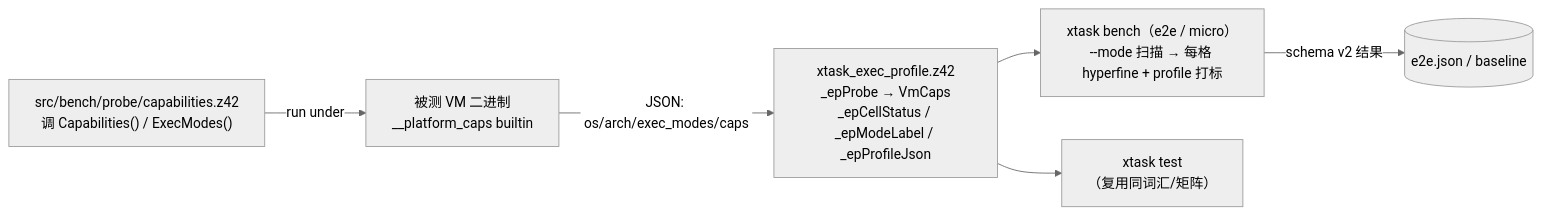
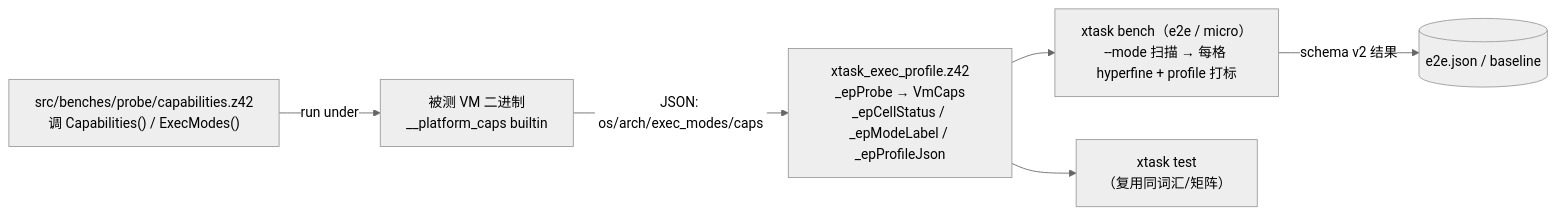
One commit to z42-lang/z42 changed the diagram in docs/internals/src/testing/exec-profile-matrix.md. Above: the diagram before and after it, drawn with Mermaid (neutral theme). The commit also changed other lines of this file and 97 other files, not shown here.

Commit message:
refactor: rename bench dirs to benches (#1197)

````diff
--- a/docs/internals/src/testing/exec-profile-matrix.md
+++ b/docs/internals/src/testing/exec-profile-matrix.md
@@ -91,13 +91,13 @@
 ```mermaid
 flowchart LR
-  probe["src/bench/probe/capabilities.z42<br/>调 Capabilities() / ExecModes()"]
+  probe["src/benches/probe/capabilities.z42<br/>调 Capabilities() / ExecModes()"]
   vm["被测 VM 二进制<br/>__platform_caps builtin"]
   mod["xtask_exec_profile.z42<br/>_epProbe → VmCaps<br/>_epCellStatus / _epModeLabel / _epProfileJson"]
   bench["xtask bench（e2e / micro）<br/>--mode 扫描 → 每格 hyperfine + profile 打标"]
   test["xtask test<br/>（复用同词汇/矩阵）"]
   probe -->|run under| vm
   vm -->|JSON: os/arch/exec_modes/caps| mod
   mod --> bench
   mod --> test
   bench -->|schema v2 结果| out[("e2e.json / baseline")]
 ```
````
